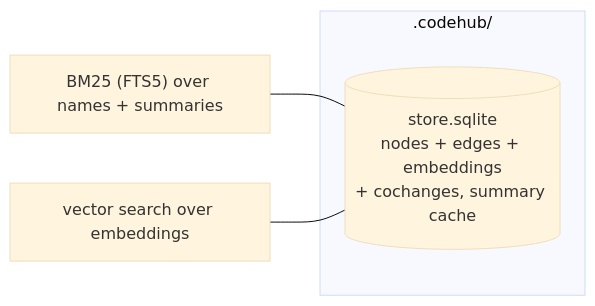
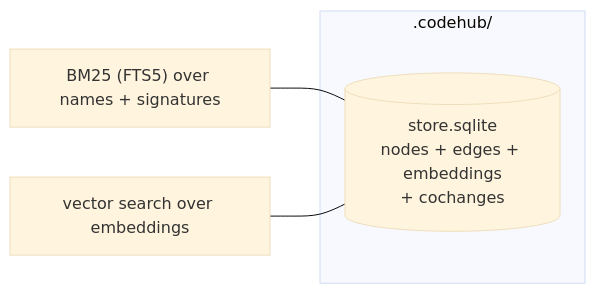
The second of 2 diagrams in packages/docs/src/content/docs/architecture/overview.md (theagenticguy/opencodehub), drawn with Mermaid (base theme) before and after one commit. The commit also changed other lines of this file and 71 other files, not shown here.

````diff
--- a/packages/docs/src/content/docs/architecture/overview.md
+++ b/packages/docs/src/content/docs/architecture/overview.md
@@ -44,8 +44,8 @@
 ```mermaid
 flowchart LR
   subgraph store[".codehub/"]
-    db[(store.sqlite<br/>nodes + edges + embeddings<br/>+ cochanges, summary cache)]
+    db[(store.sqlite<br/>nodes + edges + embeddings<br/>+ cochanges)]
   end
-  fts["BM25 (FTS5) over names + summaries"] --- db
+  fts["BM25 (FTS5) over names + signatures"] --- db
   vec["vector search over embeddings"] --- db
 ```
````
